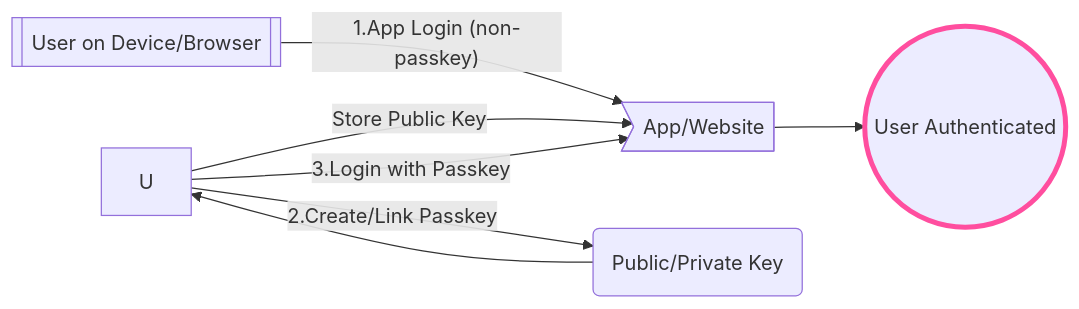
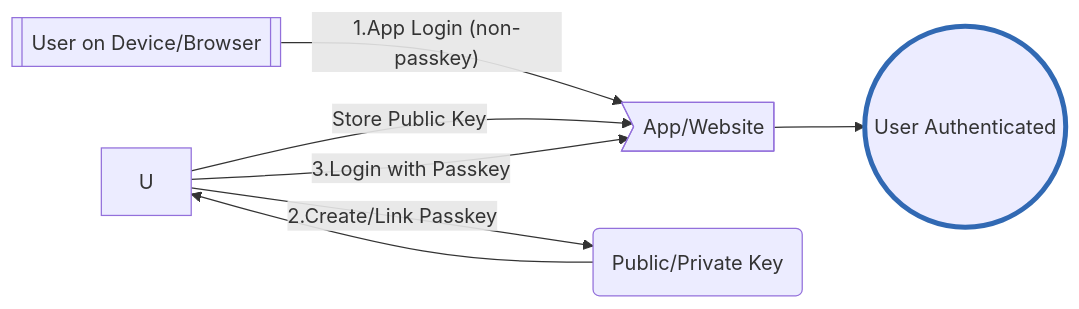
Before and after one commit to shaloo/docs.arcana: the fourth of 7 diagrams in docs/concepts/authtype/auth-passkeys.md, drawn with Mermaid. The commit also changed other lines of this file and 79 other files, not shown here.

````diff
--- a/docs/concepts/authtype/auth-passkeys.md
+++ b/docs/concepts/authtype/auth-passkeys.md
@@ -85,11 +85,11 @@
 ```mermaid
 graph LR
 
   U\[[User on Device/Browser]]--1.App Login (non-passkey)-->K>App/Website];
   U--2.Create/Link Passkey-->PK(Public/Private Key)-->U;
   U--Store Public Key-->K
   U--3.Login with Passkey-->K-->L((User Authenticated));
 
-  classDef an-pink stroke:#ff4e9f,stroke-width:0.25rem; 
-  class L an-pink
+  classDef an-highlight stroke:#3169b3,stroke-width:0.25rem; 
+  class L an-highlight
 ```
````
